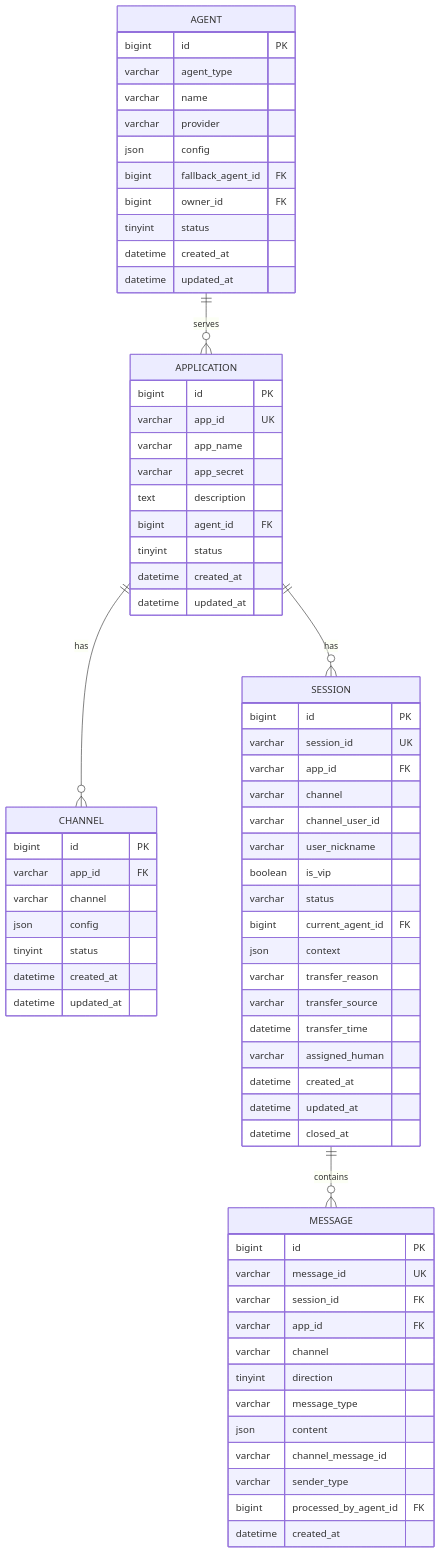
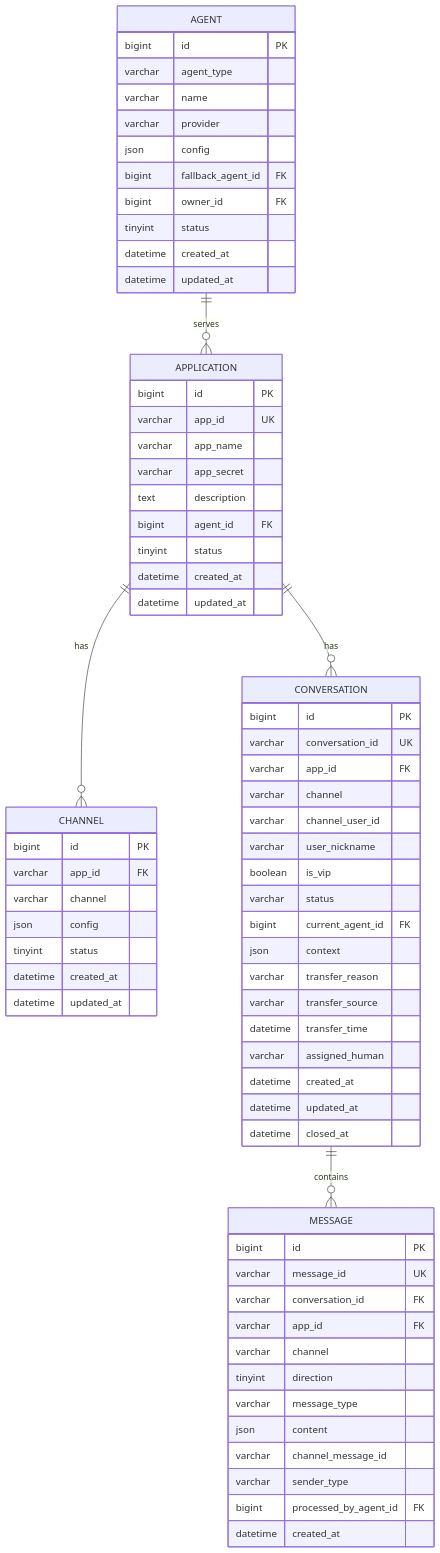
Before and after one commit to liushoukun/huizhida-chatbot: diagram 15 of 17 in docs/requirements.md, drawn with Mermaid. The commit also changed other lines of this file and 21 other files, not shown here.

````diff
--- a/docs/requirements.md
+++ b/docs/requirements.md
@@ -2280,77 +2280,77 @@
 ```mermaid
 erDiagram
     AGENT ||--o{ APPLICATION : serves
     APPLICATION ||--o{ CHANNEL : has
-    APPLICATION ||--o{ SESSION : has
-    SESSION ||--o{ MESSAGE : contains
+    APPLICATION ||--o{ CONVERSATION : has
+    CONVERSATION ||--o{ MESSAGE : contains
 
     AGENT {
         bigint id PK
         varchar agent_type
         varchar name
         varchar provider
         json config
         bigint fallback_agent_id FK
         bigint owner_id FK
         tinyint status
         datetime created_at
         datetime updated_at
     }
 
     APPLICATION {
         bigint id PK
         varchar app_id UK
         varchar app_name
         varchar app_secret
         text description
         bigint agent_id FK
         tinyint status
         datetime created_at
         datetime updated_at
     }
 
     CHANNEL {
         bigint id PK
         varchar app_id FK
         varchar channel
         json config
         tinyint status
         datetime created_at
         datetime updated_at
     }
 
-    SESSION {
+    CONVERSATION {
         bigint id PK
-        varchar session_id UK
+        varchar conversation_id UK
         varchar app_id FK
         varchar channel
         varchar channel_user_id
         varchar user_nickname
         boolean is_vip
         varchar status
         bigint current_agent_id FK
         json context
         varchar transfer_reason
         varchar transfer_source
         datetime transfer_time
         varchar assigned_human
         datetime created_at
         datetime updated_at
         datetime closed_at
     }
 
     MESSAGE {
         bigint id PK
         varchar message_id UK
-        varchar session_id FK
+        varchar conversation_id FK
         varchar app_id FK
         varchar channel
         tinyint direction
         varchar message_type
         json content
         varchar channel_message_id
         varchar sender_type
         bigint processed_by_agent_id FK
         datetime created_at
     }
 ```
````
